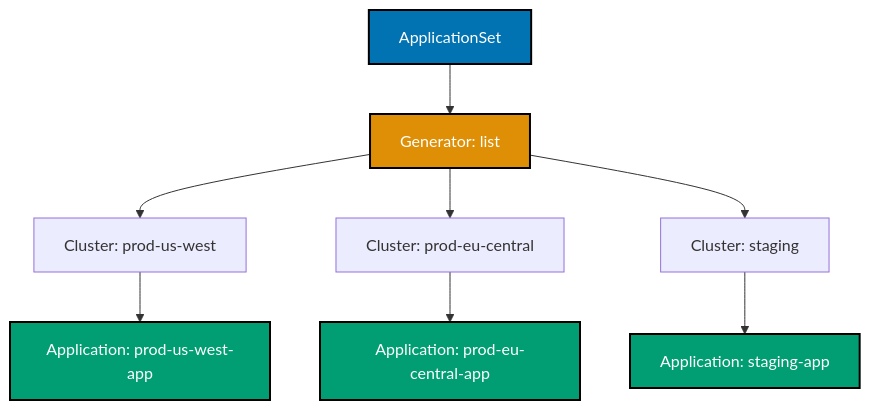
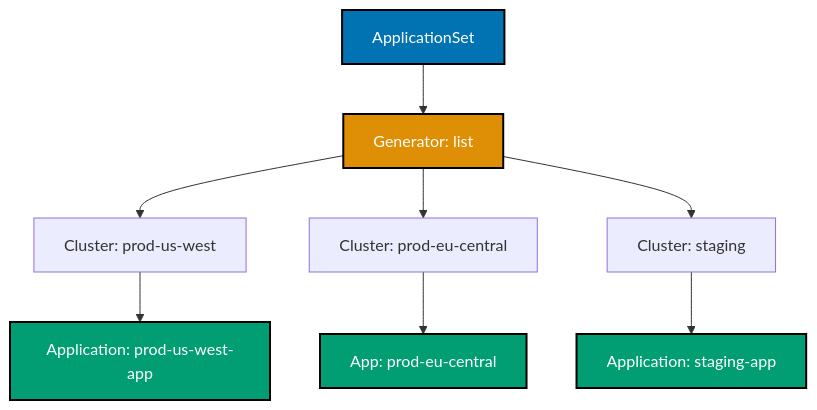
Diagram 13 of 14 in apps/ayokoding-web/content/en/learn/software-engineering/infrastructure/tools/kubernetes/by-example/advanced.md (wahidyankf/open-sharia-enterprise), drawn with Mermaid before and after one commit. The commit also changed 16 other files, not shown here.

First line of the commit message:
fix(content): fix 46 pre-existing Mermaid violations in tutorial files

````diff
--- a/apps/ayokoding-web/content/en/learn/software-engineering/infrastructure/tools/kubernetes/by-example/advanced.md
+++ b/apps/ayokoding-web/content/en/learn/software-engineering/infrastructure/tools/kubernetes/by-example/advanced.md
@@ -3347,18 +3347,18 @@
 ```mermaid
 %% Color Palette: Blue #0173B2, Orange #DE8F05, Teal #029E73, Purple #CC78BC, Brown #CA9161
 %% ApplicationSet multi-cluster deployment
 graph TD
  A[ApplicationSet] --> B[Generator: list]
  B --> C[Cluster: prod-us-west]
  B --> D[Cluster: prod-eu-central]
  B --> E[Cluster: staging]
  C --> F[Application: prod-us-west-app]
- D --> G[Application: prod-eu-central-app]
+ D --> G[App: prod-eu-central]
  E --> H[Application: staging-app]
 
  style A fill:#0173B2,stroke:#000000,stroke-width:2px,color:#fff
  style B fill:#DE8F05,stroke:#000000,stroke-width:2px,color:#fff
  style F fill:#029E73,stroke:#000000,stroke-width:2px,color:#fff
  style G fill:#029E73,stroke:#000000,stroke-width:2px,color:#fff
  style H fill:#029E73,stroke:#000000,stroke-width:2px,color:#fff
 ```
````
